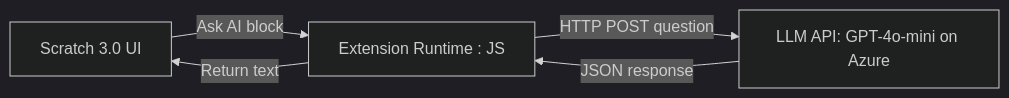
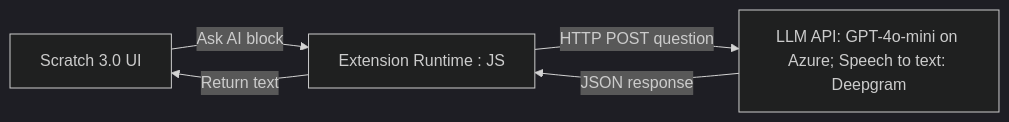
Before and after one commit to thuytien-binhthuan/vui-hoc-cung-AI: the diagram in README.md, drawn with Mermaid (dark theme).

````diff
--- a/README.md
+++ b/README.md
@@ -27,7 +27,7 @@
 ```mermaid
 flowchart LR
   A[Scratch 3.0 UI] -->|Ask AI block| B[Extension Runtime : JS]
-  B -->|HTTP POST question| C[LLM API: GPT-4o-mini on Azure]
+  B -->|HTTP POST question| C[LLM API: GPT-4o-mini on Azure; Speech to text: Deepgram]
   C -->|JSON response| B
   B -->|Return text| A
 ```
````
